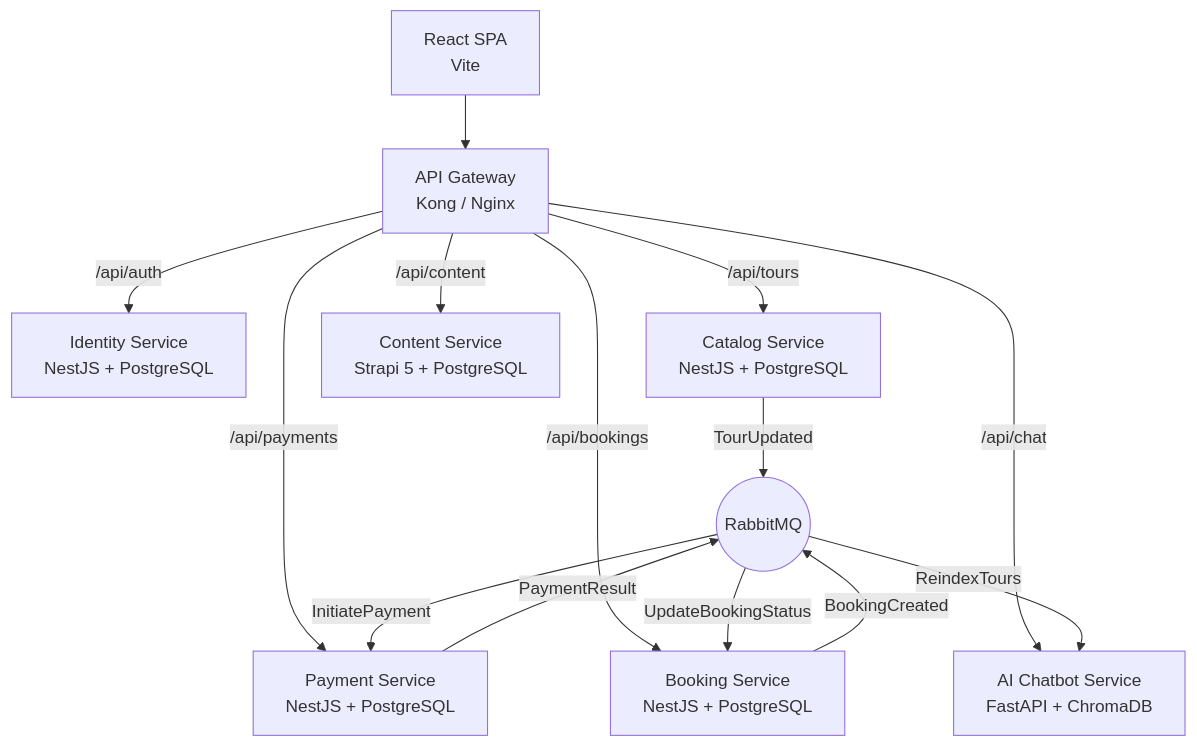
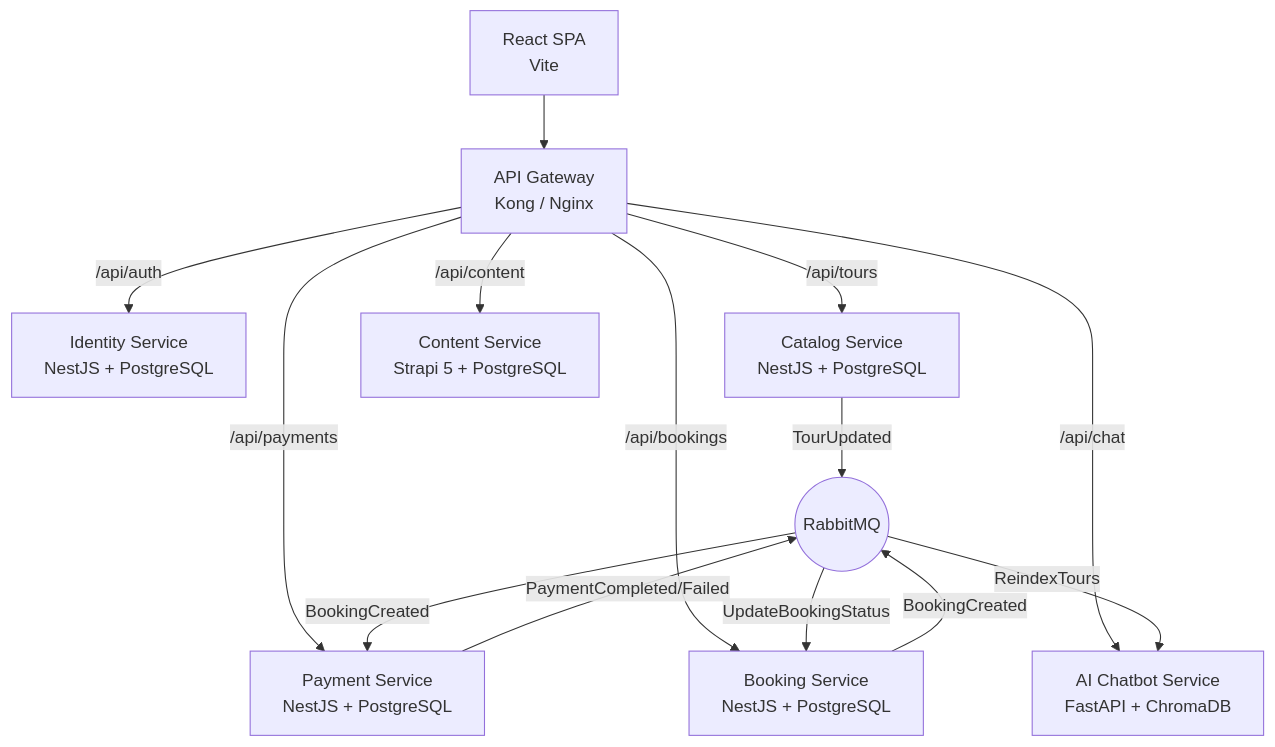
Before and after one commit to thb2464/Seminar_CD: the second of 4 diagrams in SeminarCD_TVB/MICROSERVICES_PLAN.md, drawn with Mermaid. The commit also changed other lines of this file and 46 other files, not shown here.

````diff
--- a/SeminarCD_TVB/MICROSERVICES_PLAN.md
+++ b/SeminarCD_TVB/MICROSERVICES_PLAN.md
@@ -128,20 +128,20 @@
 ```mermaid
 flowchart TD
     UI[React SPA<br/>Vite] --> GW[API Gateway<br/>Kong / Nginx]
 
     GW -->|/api/auth| AUTH[Identity Service<br/>NestJS + PostgreSQL]
     GW -->|/api/tours| CAT[Catalog Service<br/>NestJS + PostgreSQL]
     GW -->|/api/bookings| BOOK[Booking Service<br/>NestJS + PostgreSQL]
     GW -->|/api/payments| PAY[Payment Service<br/>NestJS + PostgreSQL]
     GW -->|/api/content| CMS[Content Service<br/>Strapi 5 + PostgreSQL]
     GW -->|/api/chat| BOT[AI Chatbot Service<br/>FastAPI + ChromaDB]
 
     MB((RabbitMQ))
 
     BOOK -- BookingCreated --> MB
-    MB -- InitiatePayment --> PAY
-    PAY -- PaymentResult --> MB
+    MB -- BookingCreated --> PAY
+    PAY -- PaymentCompleted/Failed --> MB
     MB -- UpdateBookingStatus --> BOOK
     CAT -- TourUpdated --> MB
     MB -- ReindexTours --> BOT
 ```
````
